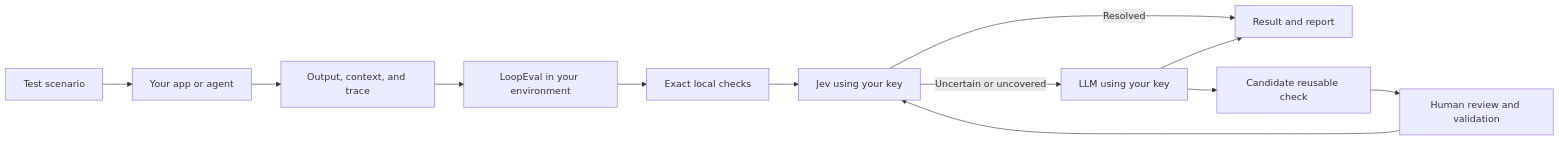
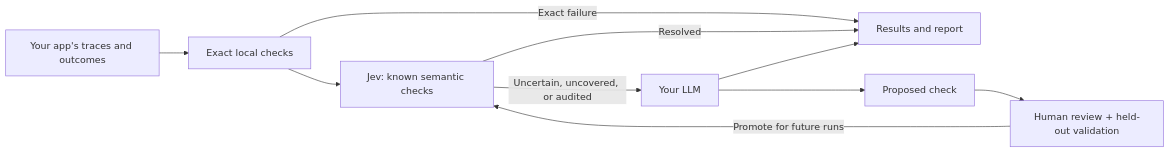
Before and after one commit to tbskin/loopeval: the diagram in README.md, drawn with Mermaid. The commit also changed other lines of this file and 18 other files, not shown here.

````diff
--- a/README.md
+++ b/README.md
@@ -30,14 +35,12 @@
 ```mermaid
 flowchart LR
-    A["Test scenario"] --> B["Your app or agent"]
-    B --> C["Output, context, and trace"]
-    C --> D["LoopEval in your environment"]
-    D --> E["Exact local checks"]
-    E --> F["Jev using your key"]
-    F -->|"Resolved"| G["Result and report"]
-    F -->|"Uncertain or uncovered"| H["LLM using your key"]
-    H --> G
-    H --> I["Candidate reusable check"]
-    I --> J["Human review and validation"]
-    J --> F
+    A["Your app's traces and outcomes"] --> B["Exact local checks"]
+    B --> C["Jev: known semantic checks"]
+    B -->|"Exact failure"| R["Results and report"]
+    C -->|"Resolved"| R
+    C -->|"Uncertain, uncovered, or audited"| D["Your LLM"]
+    D --> R
+    D --> E["Proposed check"]
+    E --> F["Human review + held-out validation"]
+    F -->|"Promote for future runs"| C
 ```
````
